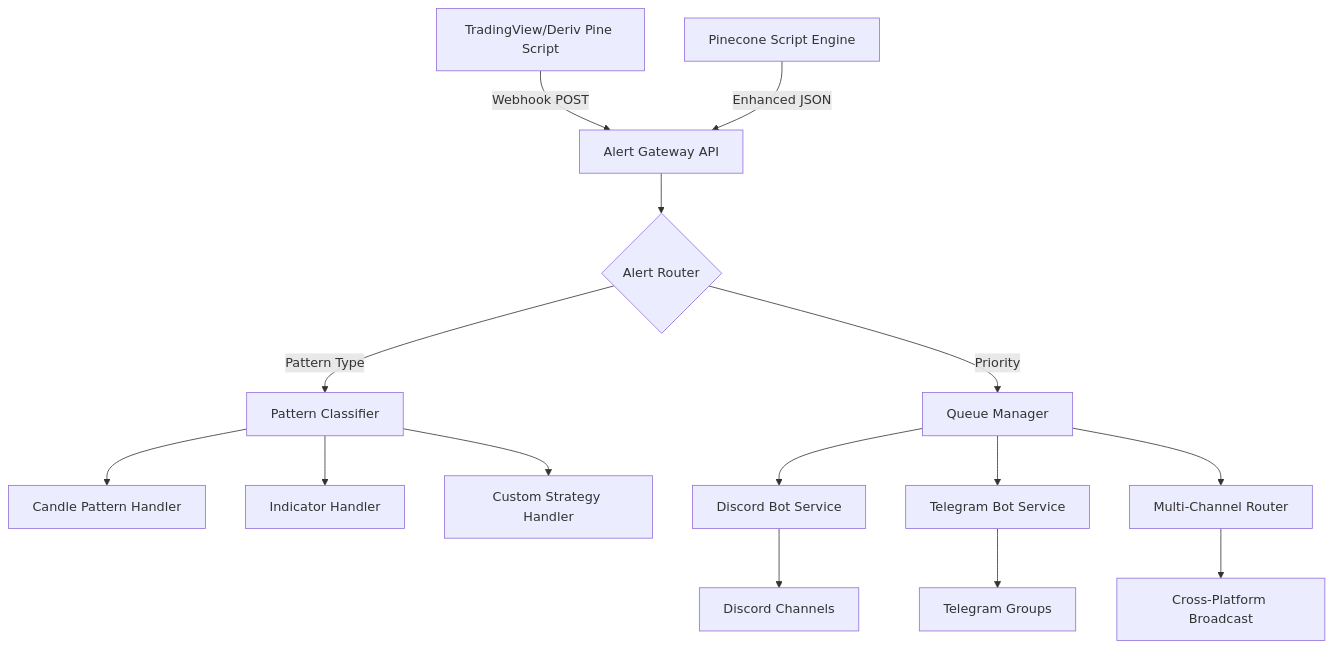
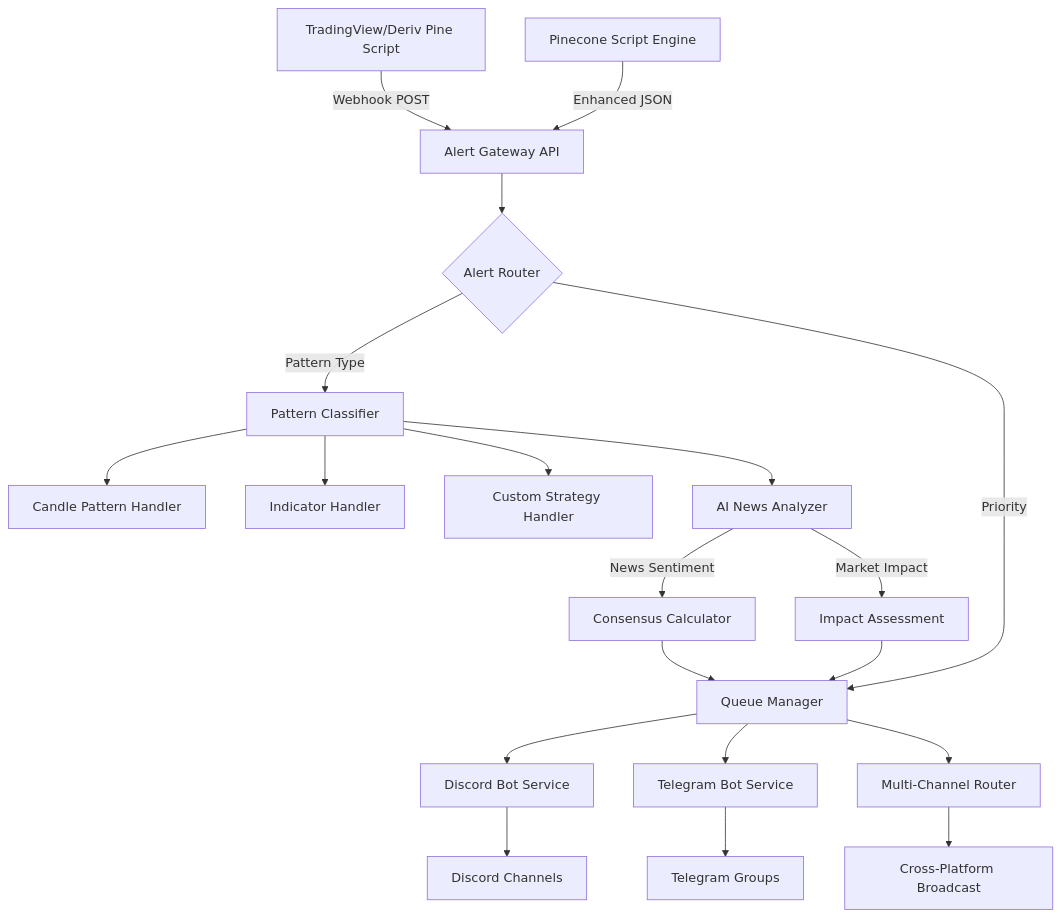
The diagram in README.md (Doc-Scripter/pinecone-trading-alerts), drawn with Mermaid before and after one commit. The commit also changed other lines of this file, not shown here.

First line of the commit message:
feat: add AI news integration and smart consensus engine

````diff
--- a/README.md
+++ b/README.md
@@ -24,17 +26,22 @@
 ```mermaid
 graph TD
     A[TradingView/Deriv Pine Script] -->|Webhook POST| B[Alert Gateway API]
     A2[Pinecone Script Engine] -->|Enhanced JSON| B
     B --> C{Alert Router}
     C -->|Pattern Type| D[Pattern Classifier]
     C -->|Priority| E[Queue Manager]
     D --> F[Candle Pattern Handler]
     D --> G[Indicator Handler]
     D --> H[Custom Strategy Handler]
+    D --> AI[AI News Analyzer]
+    AI -->|News Sentiment| D2[Consensus Calculator]
+    AI -->|Market Impact| D3[Impact Assessment]
+    D2 --> E
+    D3 --> E
     E --> I[Discord Bot Service]
     E --> J[Telegram Bot Service]
     E --> K[Multi-Channel Router]
     I --> L[Discord Channels]
     J --> M[Telegram Groups]
     K --> N[Cross-Platform Broadcast]
 ```
````
